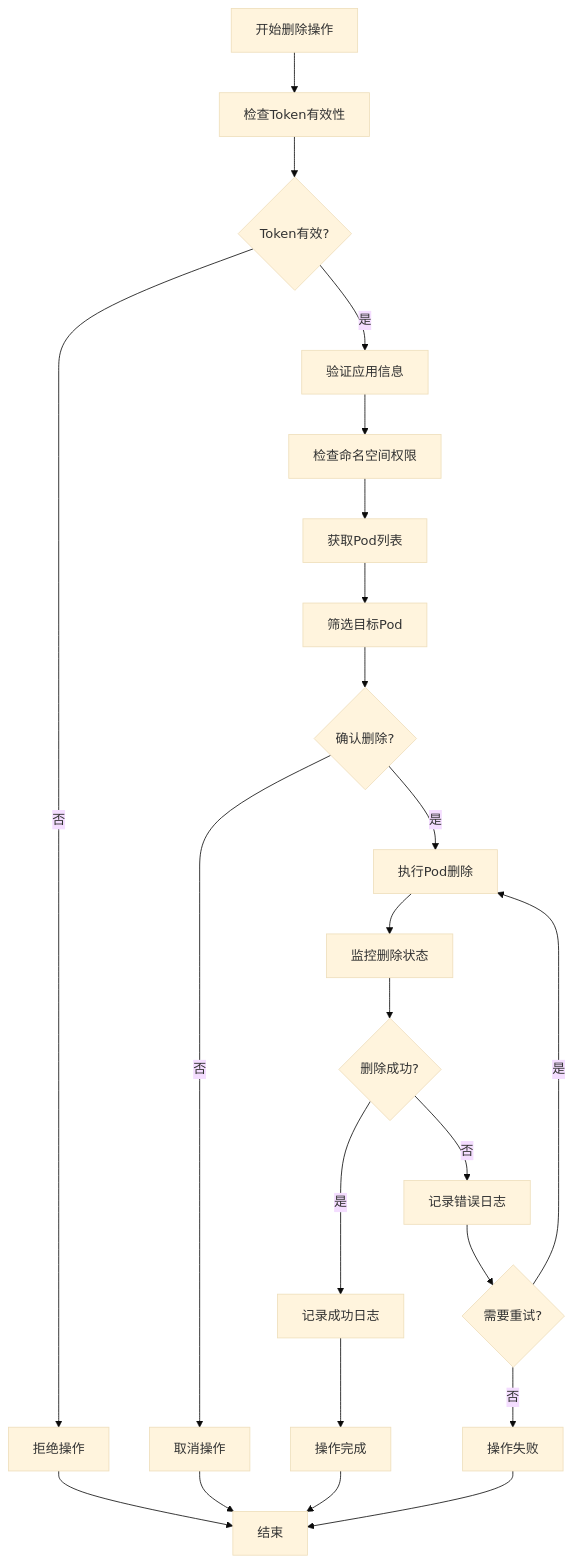
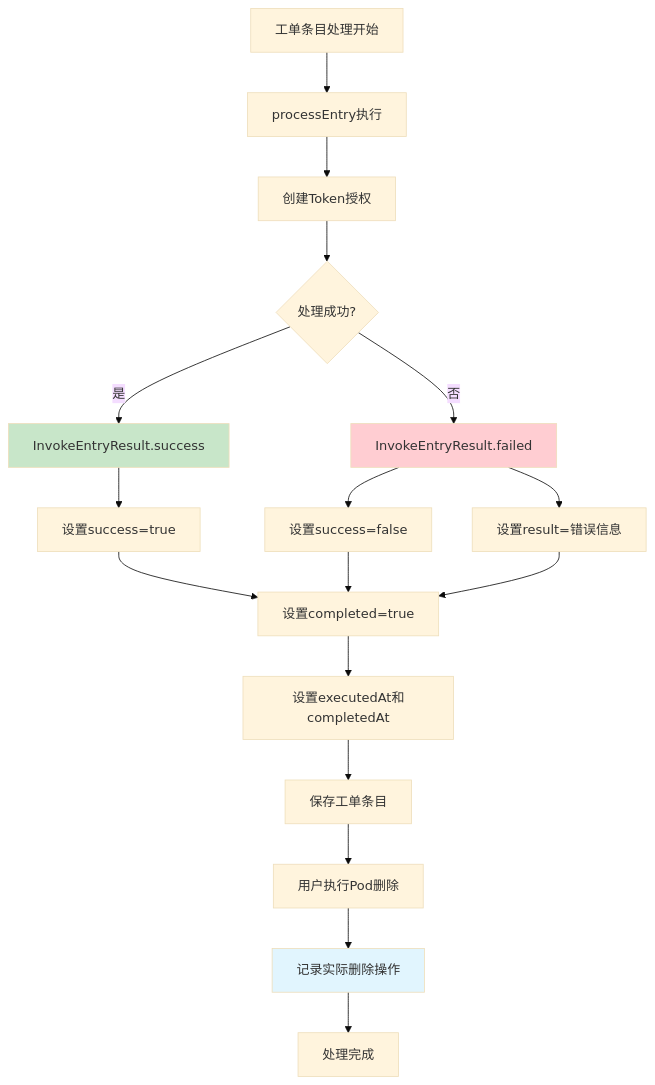
One commit to ixrjog/cratos changed the fourth of 5 diagrams in docs/workorder/application-pod-delete-guide.md. Above: the diagram before and after it, drawn with Mermaid (base theme). The commit also changed other lines of this file and 1 other file, not shown here.

````diff
--- a/docs/workorder/application-pod-delete-guide.md
+++ b/docs/workorder/application-pod-delete-guide.md
@@ -203,34 +222,29 @@
 ```mermaid
 graph TD
-    START[开始删除操作] --> TOKEN_CHECK[检查Token有效性]
+    START[工单条目处理开始] --> PROCESS[processEntry执行]
     
-    TOKEN_CHECK --> VALID{Token有效?}
-    VALID -->|否| REJECT[拒绝操作]
-    VALID -->|是| APP_CHECK[验证应用信息]
+    PROCESS --> TOKEN_CREATE[创建Token授权]
+    TOKEN_CREATE --> SUCCESS{处理成功?}
     
-    APP_CHECK --> NAMESPACE_CHECK[检查命名空间权限]
-    NAMESPACE_CHECK --> POD_LIST[获取Pod列表]
+    SUCCESS -->|是| RECORD_SUCCESS[InvokeEntryResult.success]
+    SUCCESS -->|否| RECORD_FAILED[InvokeEntryResult.failed]
     
-    POD_LIST --> POD_FILTER[筛选目标Pod]
-    POD_FILTER --> CONFIRM{确认删除?}
+    RECORD_SUCCESS --> SET_SUCCESS[设置success=true]
+    RECORD_FAILED --> SET_FAILED[设置success=false]
+    RECORD_FAILED --> SET_ERROR[设置result=错误信息]
     
-    CONFIRM -->|否| CANCEL[取消操作]
-    CONFIRM -->|是| DELETE_PODS[执行Pod删除]
+    SET_SUCCESS --> SET_COMPLETED[设置completed=true]
+    SET_FAILED --> SET_COMPLETED
+    SET_ERROR --> SET_COMPLETED
     
-    DELETE_PODS --> MONITOR[监控删除状态]
-    MONITOR --> SUCCESS{删除成功?}
+    SET_COMPLETED --> SET_TIMES[设置executedAt和completedAt]
+    SET_TIMES --> SAVE_ENTRY[保存工单条目]
     
-    SUCCESS -->|是| LOG_SUCCESS[记录成功日志]
-    SUCCESS -->|否| LOG_ERROR[记录错误日志]
+    SAVE_ENTRY --> USER_OPERATION[用户执行Pod删除]
+    USER_OPERATION --> LOG_OPERATION[记录实际删除操作]
+    LOG_OPERATION --> END[处理完成]
     
-    LOG_SUCCESS --> COMPLETE[操作完成]
-    LOG_ERROR --> RETRY{需要重试?}
-    
-    RETRY -->|是| DELETE_PODS
-    RETRY -->|否| FAIL[操作失败]
-    
-    REJECT --> END[结束]
-    CANCEL --> END
-    COMPLETE --> END
-    FAIL --> END
+    style RECORD_SUCCESS fill:#c8e6c9
+    style RECORD_FAILED fill:#ffcdd2
+    style LOG_OPERATION fill:#e1f5fe
 ```
````
